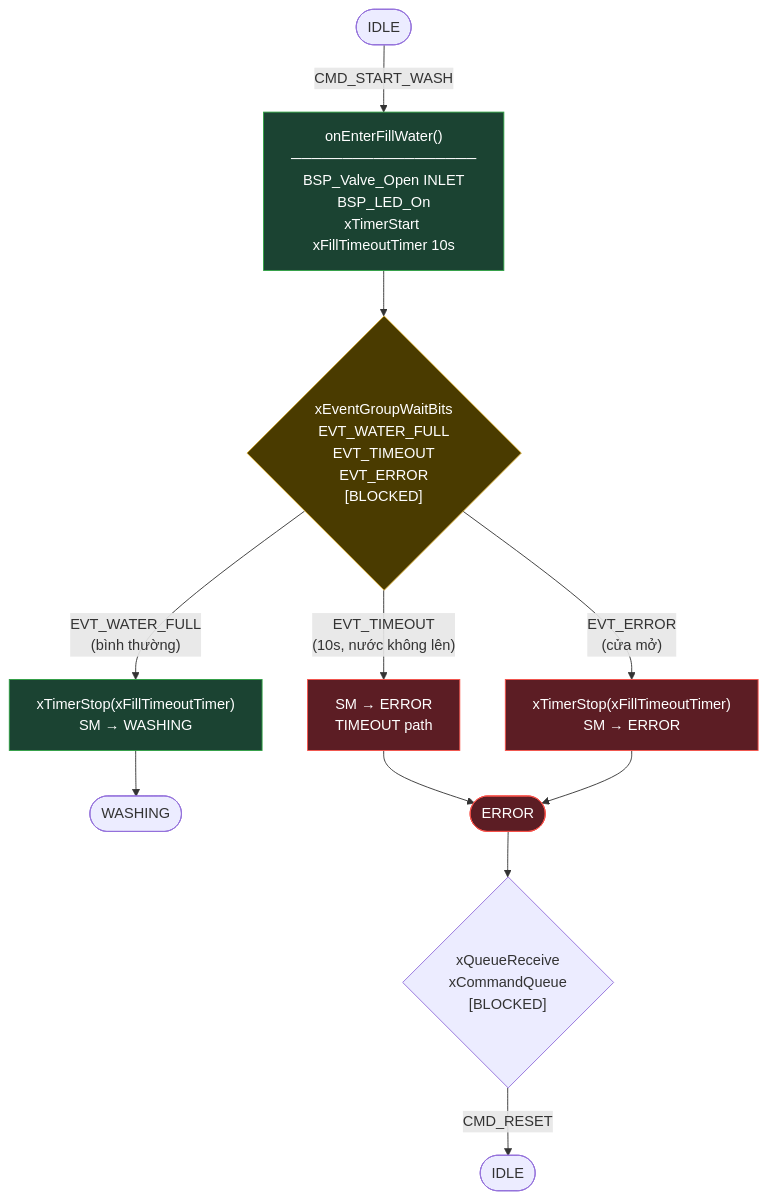
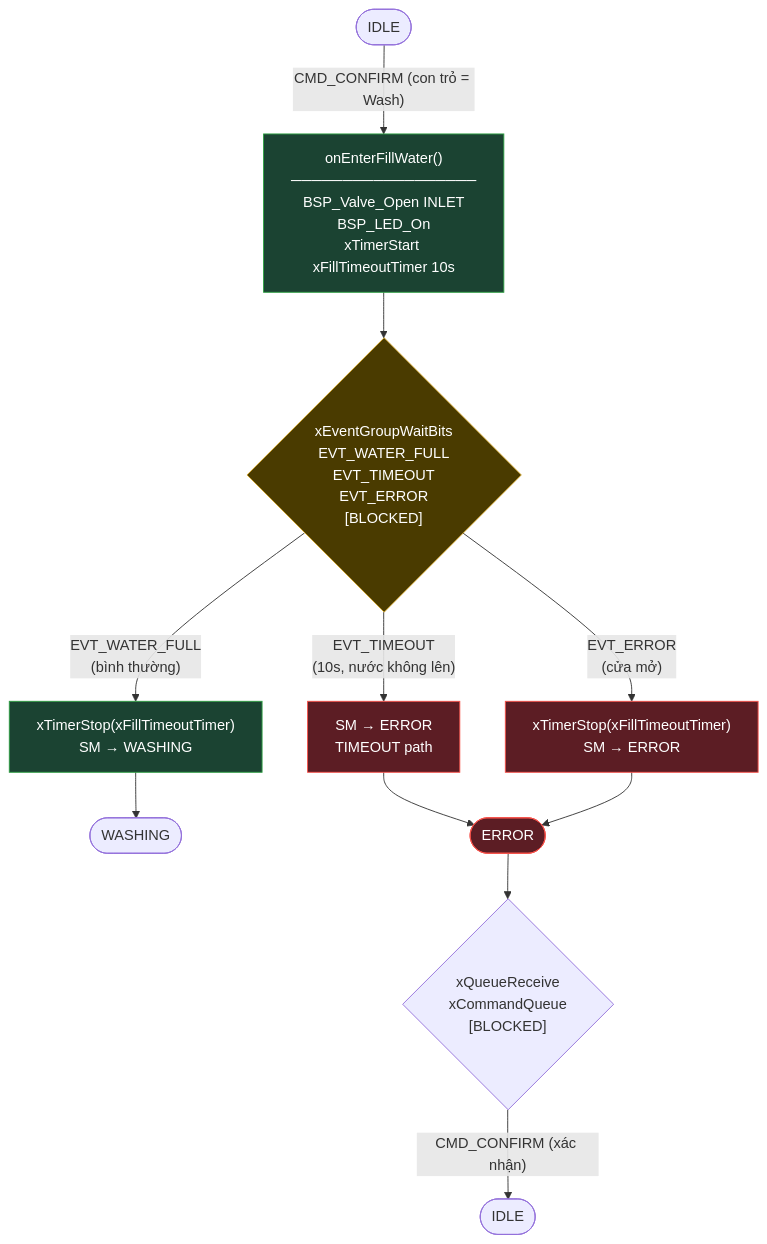
The eighth of 11 diagrams in docs/SYSTEM_DIAGRAMS.md (TTonyVi/Freertos_ST), drawn with Mermaid before and after one commit. The commit also changed other lines of this file and 25 other files, not shown here.

````diff
--- a/docs/SYSTEM_DIAGRAMS.md
+++ b/docs/SYSTEM_DIAGRAMS.md
@@ -336,28 +414,28 @@
 ```mermaid
 flowchart TD
-    A([IDLE]) -->|CMD_START_WASH| B
+    A([IDLE]) -->|"CMD_CONFIRM (con trỏ = Wash)"| B
 
     B["onEnterFillWater()\n──────────────────\nBSP_Valve_Open INLET\nBSP_LED_On\nxTimerStart xFillTimeoutTimer 10s"]
 
     B --> C{"xEventGroupWaitBits\nEVT_WATER_FULL\nEVT_TIMEOUT\nEVT_ERROR\n[BLOCKED]"}
 
     C -->|"EVT_WATER_FULL\n(bình thường)"| D["xTimerStop(xFillTimeoutTimer)\nSM → WASHING"]
 
     C -->|"EVT_TIMEOUT\n(10s, nước không lên)"| E["SM → ERROR\nTIMEOUT path"]
 
     C -->|"EVT_ERROR\n(cửa mở)"| F["xTimerStop(xFillTimeoutTimer)\nSM → ERROR"]
 
     D --> G([WASHING])
     E --> H([ERROR])
     F --> H
 
     H --> I{"xQueueReceive\nxCommandQueue\n[BLOCKED]"}
-    I -->|CMD_RESET| J([IDLE])
+    I -->|"CMD_CONFIRM (xác nhận)"| J([IDLE])
 
     style B fill:#1b4332,stroke:#2ea043,color:#ffffff
     style C fill:#4a3b00,stroke:#d4a72c,color:#ffffff
     style H fill:#5c1d24,stroke:#f85149,color:#ffffff
     style D fill:#1b4332,stroke:#2ea043,color:#ffffff
     style E fill:#5c1d24,stroke:#f85149,color:#ffffff
     style F fill:#5c1d24,stroke:#f85149,color:#ffffff
 ```
````
